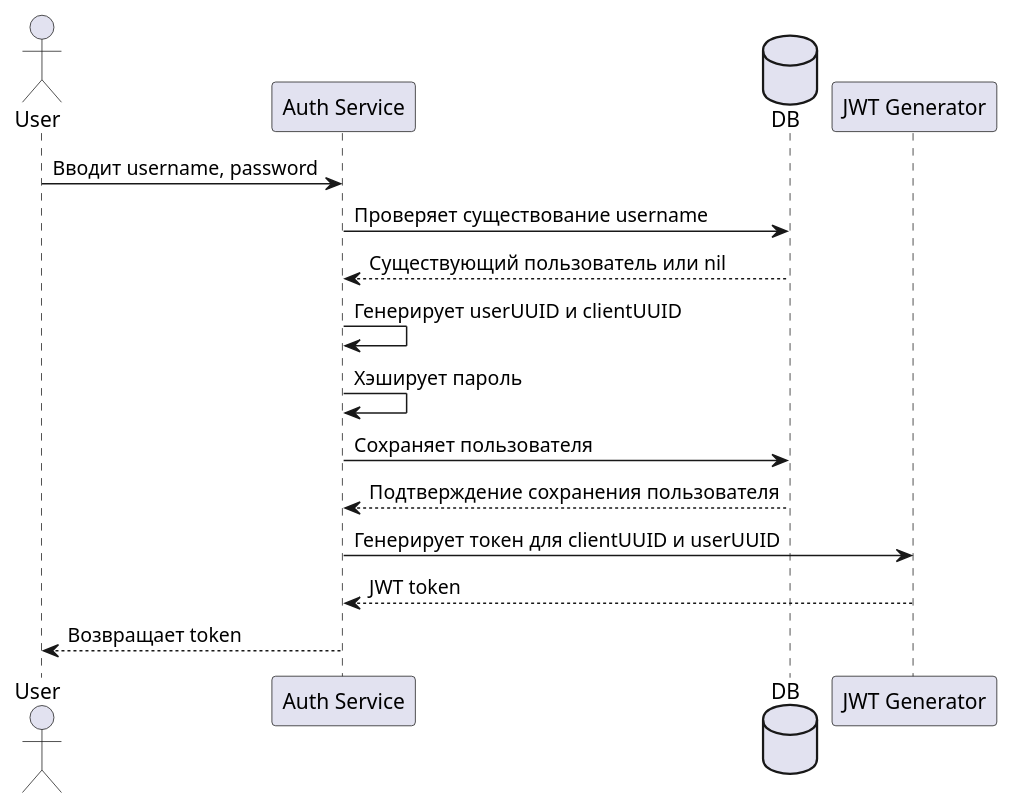
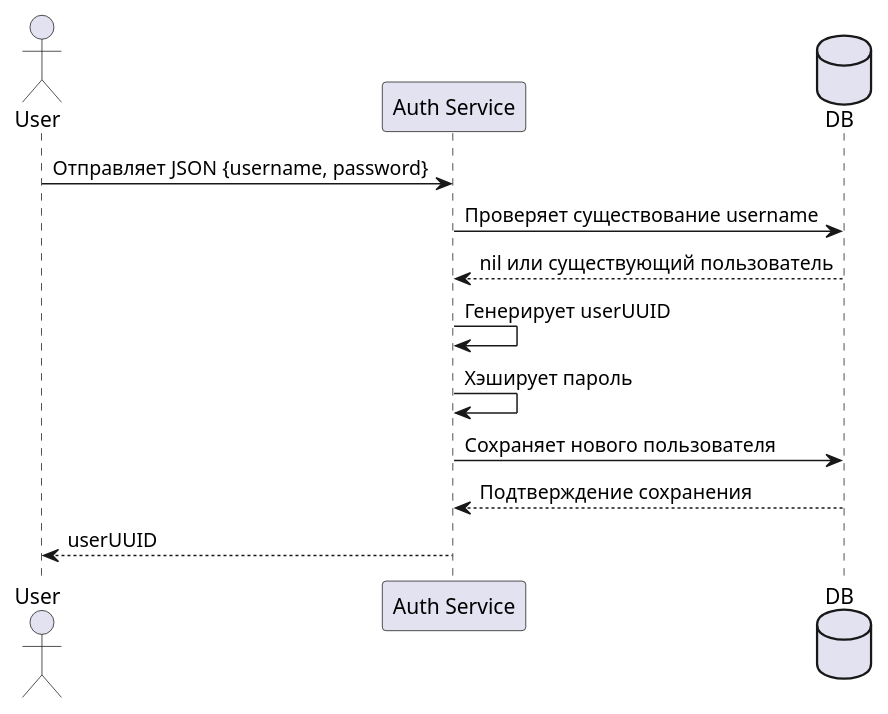
One commit to sbilibin2017/bil-message changed the diagram in docs/register.puml. Above: the diagram before and after it, drawn with PlantUML. The commit also changed 9 other files, not shown here.

```diff
--- a/docs/register.puml
+++ b/docs/register.puml
@@ -1,18 +1,15 @@
 @startuml
 actor User
 participant "Auth Service" as Auth
 database "DB" as DB
-participant "JWT Generator" as JWT
 
-User -> Auth : Вводит username, password
+User -> Auth : Отправляет JSON {username, password}
 Auth -> DB : Проверяет существование username
-DB --> Auth : Существующий пользователь или nil
+DB --> Auth : nil или существующий пользователь
 
-Auth -> Auth : Генерирует userUUID и clientUUID
+Auth -> Auth : Генерирует userUUID
 Auth -> Auth : Хэширует пароль
-Auth -> DB : Сохраняет пользователя 
-DB --> Auth : Подтверждение сохранения пользователя
-Auth -> JWT : Генерирует токен для clientUUID и userUUID
-JWT --> Auth : JWT token
-Auth --> User : Возвращает token
+Auth -> DB : Сохраняет нового пользователя
+DB --> Auth : Подтверждение сохранения
+Auth --> User : userUUID
 @enduml
```
